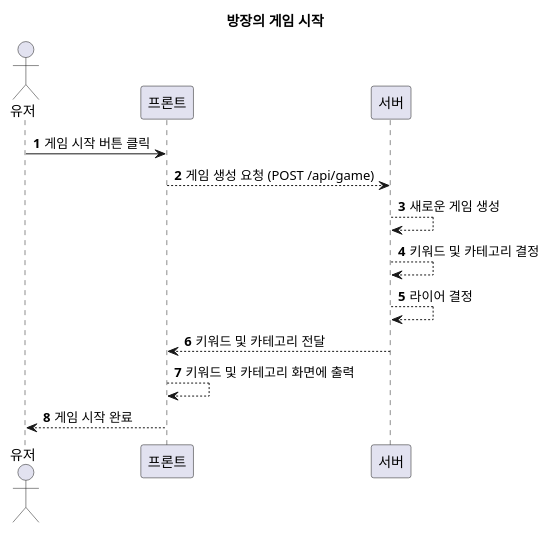
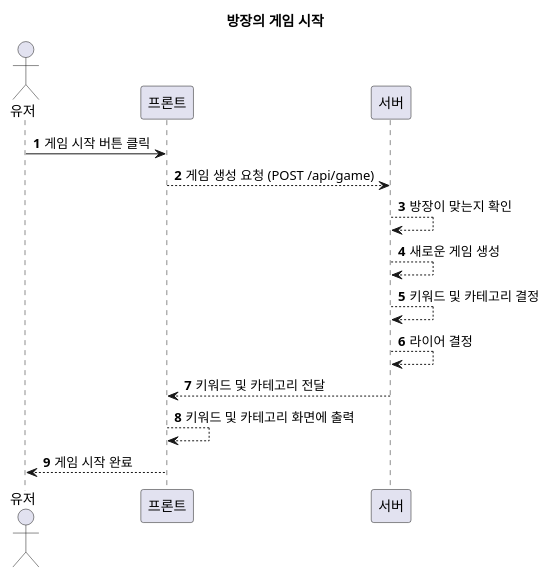
Before and after one commit to youngcha-lab/liar-game: the diagram in liar-game-app/docs/leader_start_game.puml, drawn with PlantUML. The commit also changed 2 other files, not shown here.

Commit message:
Update squence diagram

```diff
--- a/liar-game-app/docs/leader_start_game.puml
+++ b/liar-game-app/docs/leader_start_game.puml
@@ -1,20 +1,21 @@
 @startuml
 !pragma layout smetana
 
 actor 유저 as user
 participant 프론트 as fe
 participant 서버 as server
 
 title 방장의 게임 시작
 
 autonumber
 user -> fe: 게임 시작 버튼 클릭
 fe --> server: 게임 생성 요청 (POST /api/game)
+server --> server: 방장이 맞는지 확인
 server --> server: 새로운 게임 생성
 server --> server: 키워드 및 카테고리 결정
 server --> server: 라이어 결정
 server --> fe: 키워드 및 카테고리 전달
 fe --> fe: 키워드 및 카테고리 화면에 출력
 fe --> user: 게임 시작 완료
 
 @enduml
```
